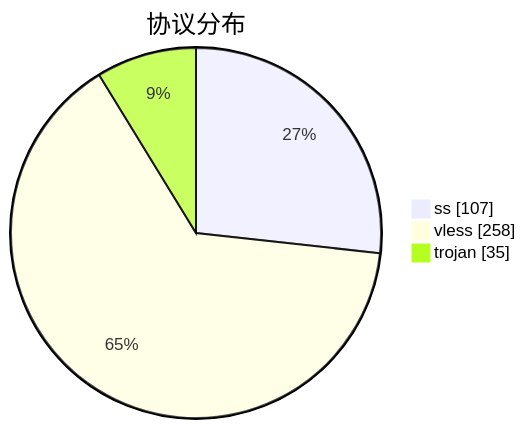
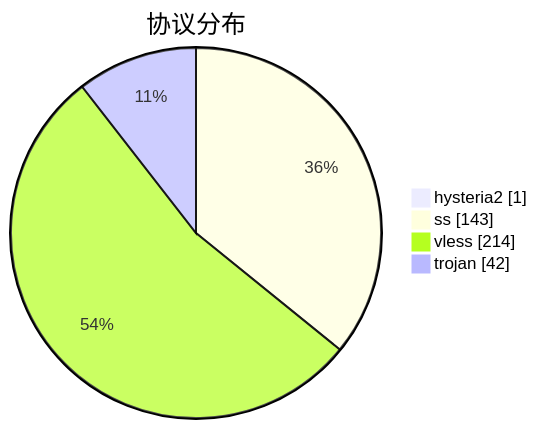
Before and after one commit to qjlxg/airport: the third of 3 diagrams in subs/statistics/tested_within.md, drawn with Mermaid. The commit also changed other lines of this file and 2 other files, not shown here.

````diff
--- a/subs/statistics/tested_within.md
+++ b/subs/statistics/tested_within.md
@@ -18,7 +19,8 @@
 ```mermaid
 pie showData
 title 协议分布
-"ss" : 107
-"vless" : 258
-"trojan" : 35
+"hysteria2" : 1
+"ss" : 143
+"vless" : 214
+"trojan" : 42
 ```
````
